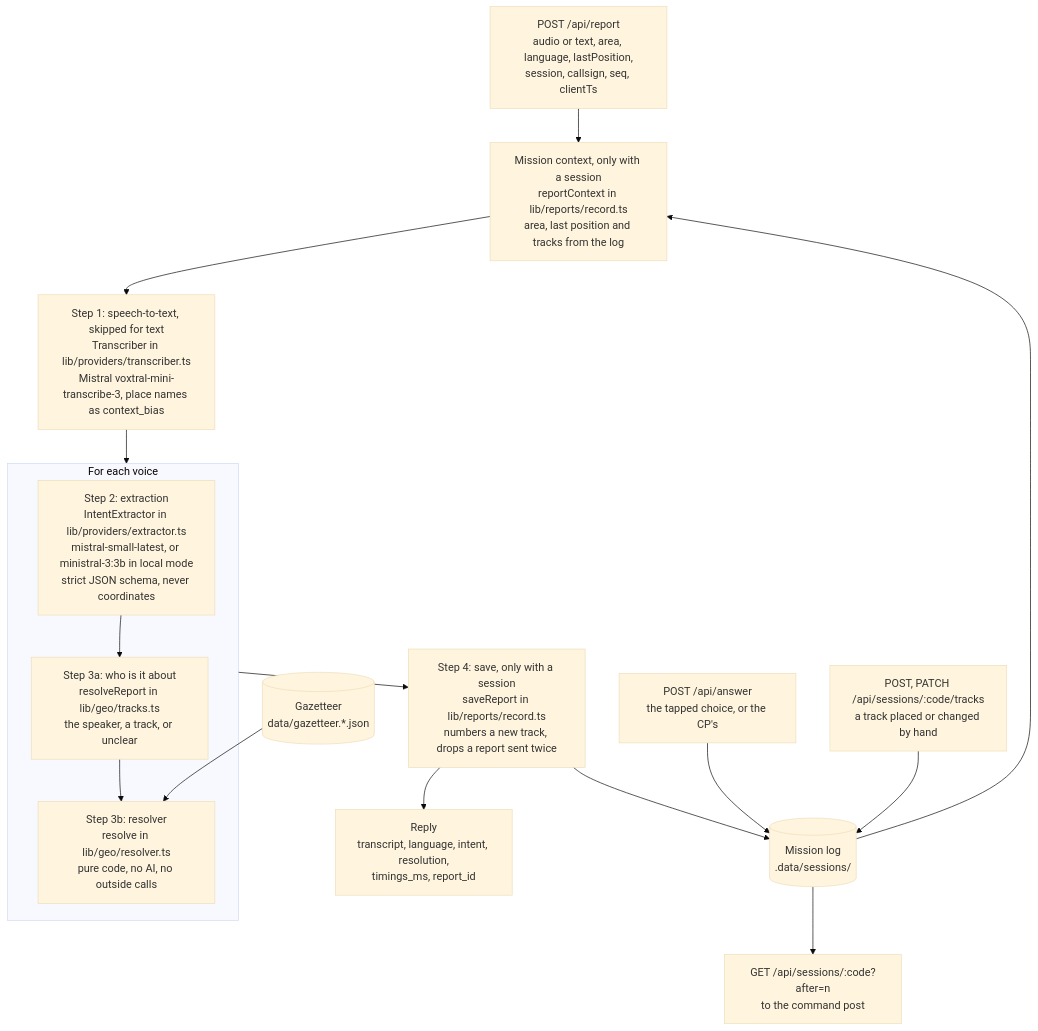
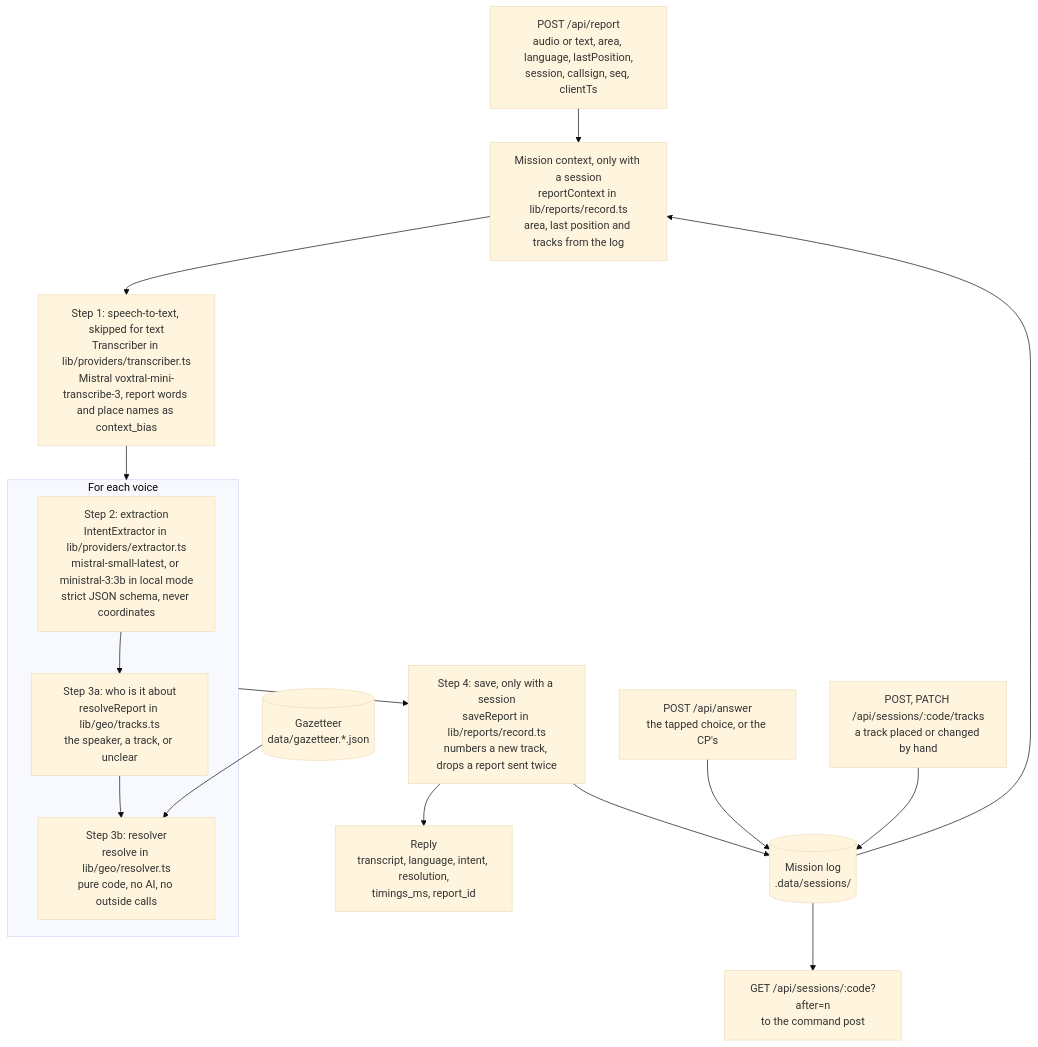
Before and after one commit to adam2765/edth-hackathon: the second of 4 diagrams in docs/architecture.md, drawn with Mermaid (base theme). The commit also changed other lines of this file and 12 other files, not shown here.

First line of the commit message:
Speech-to-text: report words in the hints; the phone's prompt fitted to Whisper's 223 tokens

````diff
--- a/docs/architecture.md
+++ b/docs/architecture.md
@@ -59,27 +59,27 @@
 ```mermaid
 flowchart TB
     IN["POST /api/report<br/>audio or text, area, language, lastPosition,<br/>session, callsign, seq, clientTs"]
     CTX["Mission context, only with a session<br/>reportContext in lib/reports/record.ts<br/>area, last position and tracks from the log"]
-    STT["Step 1: speech-to-text, skipped for text<br/>Transcriber in lib/providers/transcriber.ts<br/>Mistral voxtral-mini-transcribe-3, place names as context_bias"]
+    STT["Step 1: speech-to-text, skipped for text<br/>Transcriber in lib/providers/transcriber.ts<br/>Mistral voxtral-mini-transcribe-3, report words and place names as context_bias"]
     subgraph VOICES["For each voice"]
         EXT["Step 2: extraction<br/>IntentExtractor in lib/providers/extractor.ts<br/>mistral-small-latest, or ministral-3:3b in local mode<br/>strict JSON schema, never coordinates"]
         SUB["Step 3a: who is it about<br/>resolveReport in lib/geo/tracks.ts<br/>the speaker, a track, or unclear"]
         RES["Step 3b: resolver<br/>resolve in lib/geo/resolver.ts<br/>pure code, no AI, no outside calls"]
         EXT --> SUB --> RES
     end
     GAZ[("Gazetteer<br/>data/gazetteer.*.json")]
     SAVE["Step 4: save, only with a session<br/>saveReport in lib/reports/record.ts<br/>numbers a new track, drops a report sent twice"]
     OUT["Reply<br/>transcript, language, intent, resolution,<br/>timings_ms, report_id"]
     LOG[("Mission log<br/>.data/sessions/")]
     ANS["POST /api/answer<br/>the tapped choice, or the CP's"]
     PLOT["POST, PATCH /api/sessions/:code/tracks<br/>a track placed or changed by hand"]
     READ["GET /api/sessions/:code?after=n<br/>to the command post"]
 
     IN --> CTX --> STT --> VOICES --> SAVE --> OUT
     GAZ --> RES
     LOG --> CTX
     SAVE --> LOG
     ANS --> LOG
     PLOT --> LOG
     LOG --> READ
 ```
````
